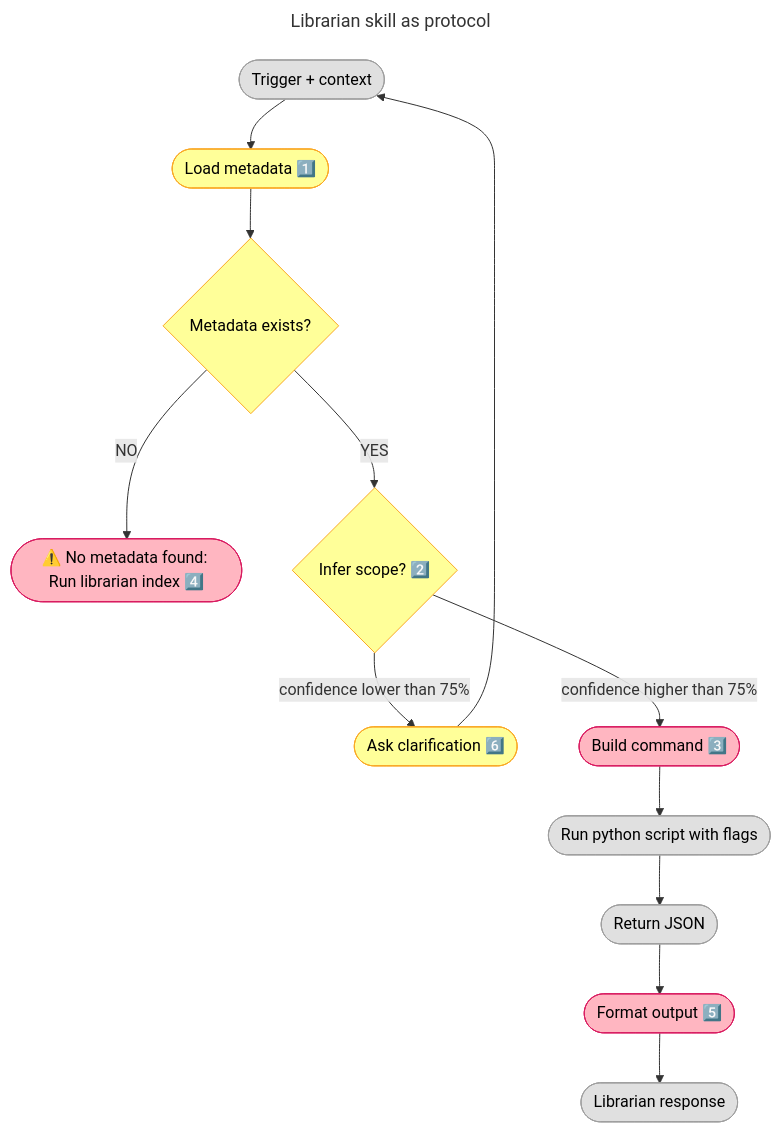
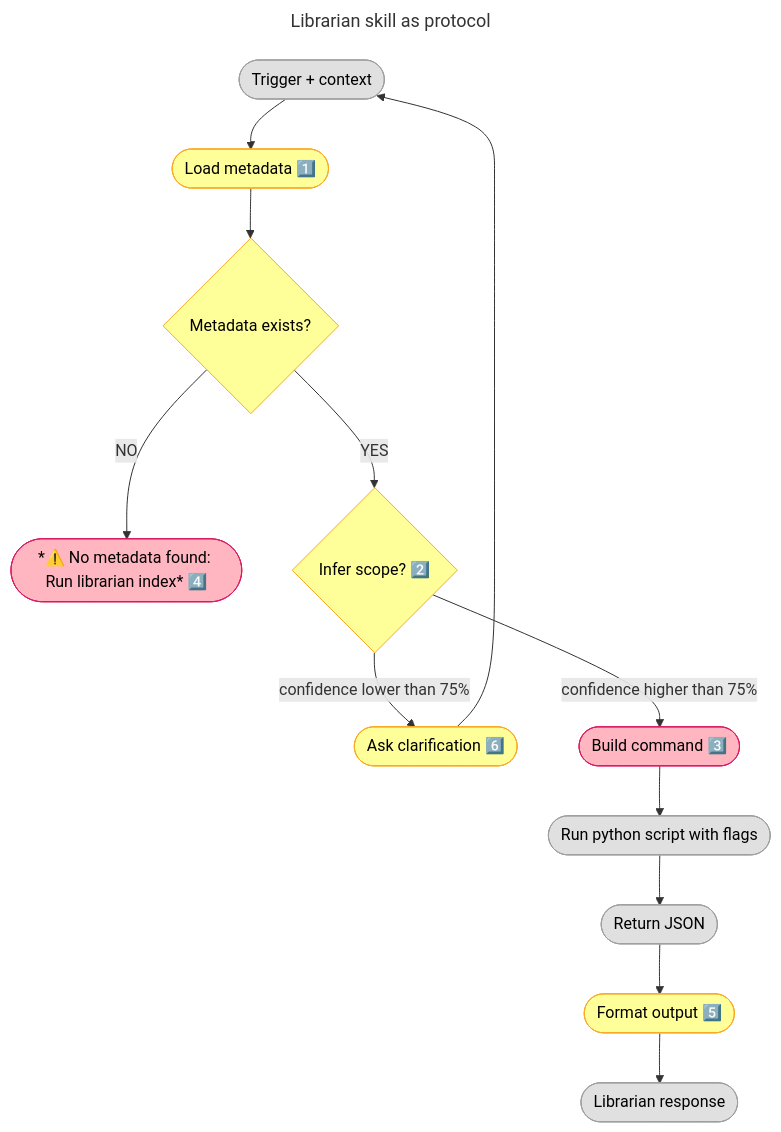
The diagram in backstage/epic-notes/v0.15.0-skill-protocol.md (nonlinear/librarian), drawn with Mermaid before and after one commit. The commit also changed 1 other file, not shown here.

Commit message:
arch: ERROR italic + FORMAT yellow + document rules
- ERROR node: italic = exact user copy
- FORMAT: yellow (agreement - current behavior documented)
- POLICY.md: arch: italic syntax rule
- POLICY.md: arch: future replay script (not implemented)

````diff
--- a/backstage/epic-notes/v0.15.0-skill-protocol.md
+++ b/backstage/epic-notes/v0.15.0-skill-protocol.md
@@ -1,33 +1,33 @@
 ```mermaid
 ---
 title: Librarian skill as protocol
 ---
 flowchart TD
     TRIGGER(["Trigger + context"])
     TRIGGER --> METADATA(["Load metadata 1️⃣"])
     METADATA --> CHECK{"Metadata exists?"}
-    CHECK -->|NO| ERROR(["⚠️ No metadata found: Run librarian index 4️⃣"])
+    CHECK -->|NO| ERROR(["*⚠️ No metadata found: Run librarian index* 4️⃣"])
     CHECK -->|YES| INFER{"Infer scope? 2️⃣"}
     
     INFER -->|"confidence lower than 75%"| CLARIFY(["Ask clarification 6️⃣"])
     CLARIFY --> TRIGGER
     
     INFER -->|"confidence higher than 75%"| BUILD(["Build command 3️⃣"])
     
     BUILD --> EXEC(["Run python script with flags"])
     EXEC --> JSON(["Return JSON"])
     JSON --> FORMAT(["Format output 5️⃣"])
     FORMAT --> RESPONSE(["Librarian response"])
     
     style TRIGGER fill:#E0E0E0,stroke:#9E9E9E,color:#000
     style METADATA fill:#FFFF99,stroke:#F9A825,color:#000
     style INFER fill:#FFFF99,stroke:#F9A825,color:#000
     style CLARIFY fill:#FFFF99,stroke:#F9A825,color:#000
     style BUILD fill:#FFB6C1,stroke:#D81B60,color:#000
     style EXEC fill:#E0E0E0,stroke:#9E9E9E,color:#000
     style JSON fill:#E0E0E0,stroke:#9E9E9E,color:#000
-    style FORMAT fill:#FFB6C1,stroke:#D81B60,color:#000
+    style FORMAT fill:#FFFF99,stroke:#F9A825,color:#000
     style RESPONSE fill:#E0E0E0,stroke:#9E9E9E,color:#000
     style CHECK fill:#FFFF99,stroke:#F9A825,color:#000
     style ERROR fill:#FFB6C1,stroke:#D81B60,color:#000
 ```
````
